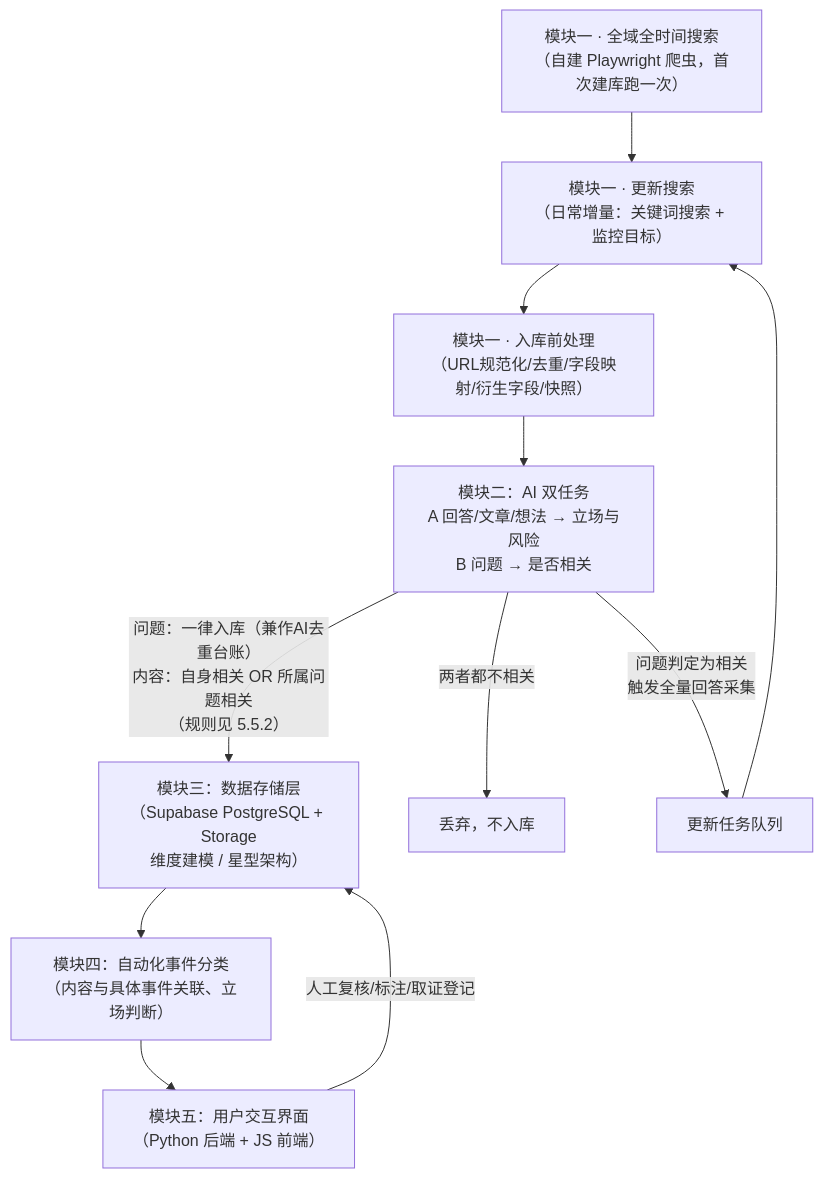
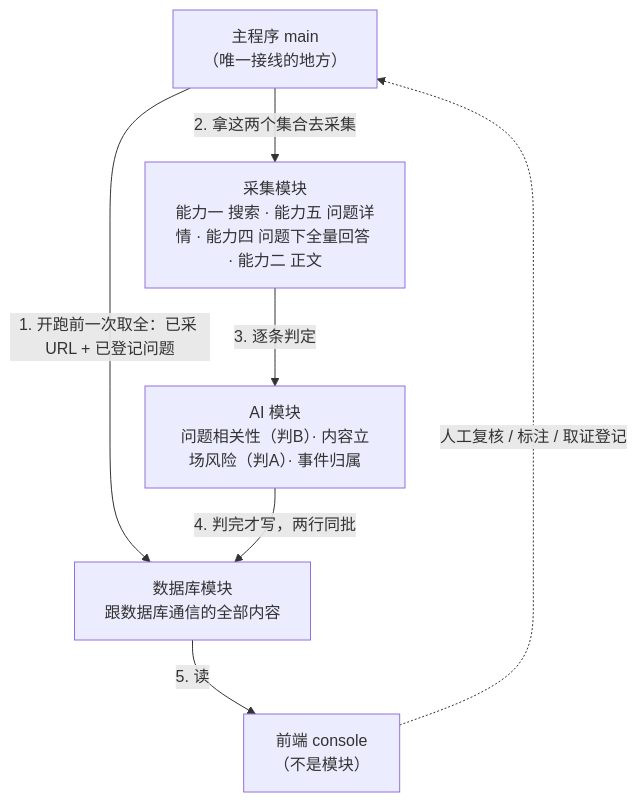
Before and after one commit to Charlie0604/sentinel_q: the first of 3 diagrams in 知乎舆情监控系统-架构设计文档.md, drawn with Mermaid. The commit also changed other lines of this file and 86 other files, not shown here.

````diff
--- a/知乎舆情监控系统-架构设计文档.md
+++ b/知乎舆情监控系统-架构设计文档.md
@@ -19,13 +32,10 @@
 ```mermaid
 flowchart TD
-    A1["模块一 · 全域全时间搜索<br/>（自建 Playwright 爬虫，首次建库跑一次）"] --> A2["模块一 · 更新搜索<br/>（日常增量：关键词搜索 + 监控目标）"]
-    A2 --> A3["模块一 · 入库前处理<br/>（URL规范化/去重/字段映射/衍生字段/快照）"]
-    A3 --> B["模块二：AI 双任务<br/>A 回答/文章/想法 → 立场与风险<br/>B 问题 → 是否相关"]
-    B -- "问题：一律入库（兼作AI去重台账）<br/>内容：自身相关 OR 所属问题相关<br/>（规则见 5.5.2）" --> C["模块三：数据存储层<br/>（Supabase PostgreSQL + Storage<br/>维度建模 / 星型架构）"]
-    B -- "两者都不相关" --> X["丢弃，不入库"]
-    B -- "问题判定为相关<br/>触发全量回答采集" --> TQ["更新任务队列"]
-    TQ --> A2
-    C --> D["模块四：自动化事件分类<br/>（内容与具体事件关联、立场判断）"]
-    D --> E["模块五：用户交互界面<br/>（Python 后端 + JS 前端）"]
-    E -- "人工复核/标注/取证登记" --> C
+    M["主程序 main<br/>（唯一接线的地方）"]
+    M -->|"1. 开跑前一次取全：已采 URL + 已登记问题"| S["数据库模块<br/>跟数据库通信的全部内容"]
+    M -->|"2. 拿这两个集合去采集"| A["采集模块<br/>能力一 搜索 · 能力五 问题详情 · 能力四 问题下全量回答 · 能力二 正文"]
+    A -->|"3. 逐条判定"| B["AI 模块<br/>问题相关性（判B）· 内容立场风险（判A）· 事件归属"]
+    B -->|"4. 判完才写，两行同批"| S
+    S -->|"5. 读"| F["前端 console<br/>（不是模块）"]
+    F -.->|"人工复核 / 标注 / 取证登记"| M
 ```
````
